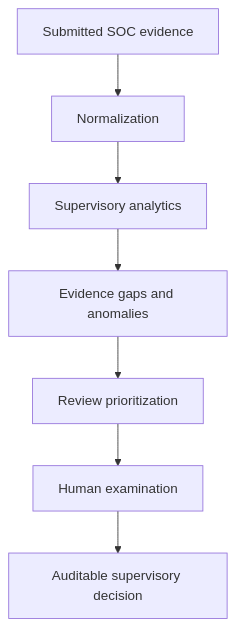
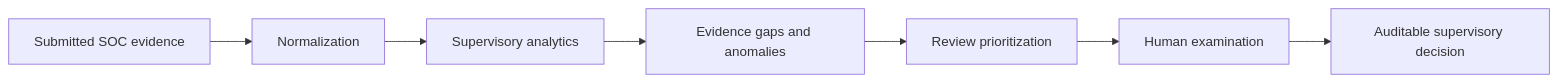
Before and after one commit to nischala755/SAT-SA: the first of 2 diagrams in README.md, drawn with Mermaid. The commit also changed other lines of this file, not shown here.

````diff
--- a/README.md
+++ b/README.md
@@ -228,9 +27,9 @@
 ```mermaid
-flowchart TD
+flowchart LR
     A[Submitted SOC evidence] --> B[Normalization]
     B --> C[Supervisory analytics]
     C --> D[Evidence gaps and anomalies]
     D --> E[Review prioritization]
     E --> F[Human examination]
     F --> G[Auditable supervisory decision]
 ```
````
